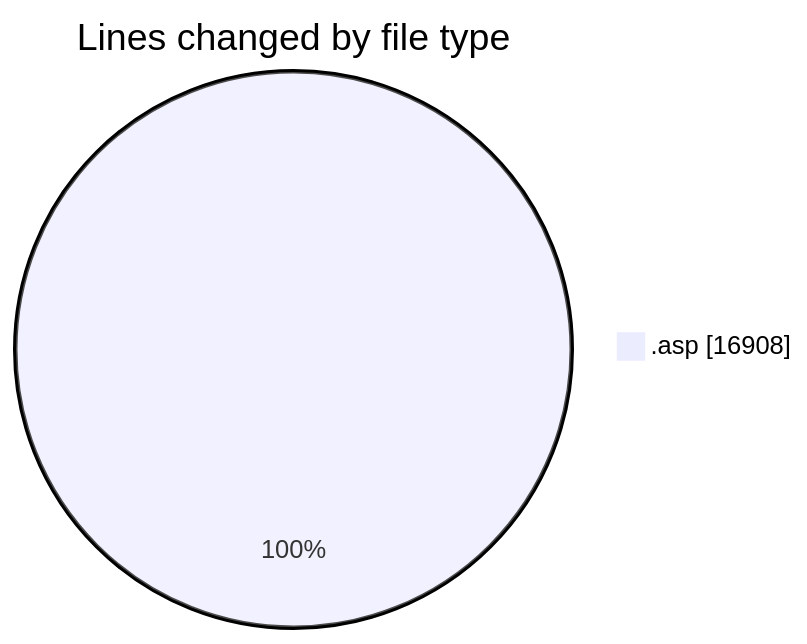
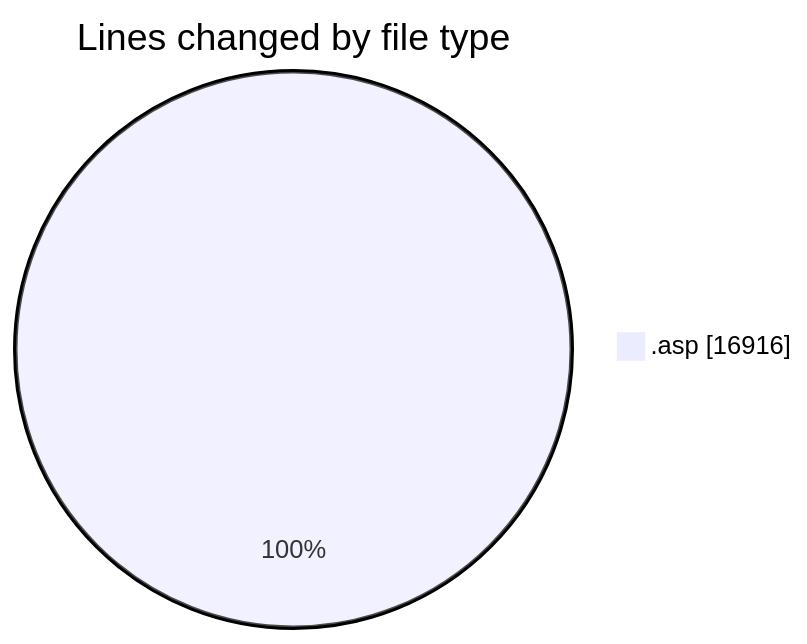
The first of 2 diagrams in 2025-11-14/cdp_aleoudev_fr__workspace_/README.md (julien-gomy/code-tracking), drawn with Mermaid before and after one commit. The commit also changed other lines of this file and 1 other file, not shown here.

````diff
--- a/2025-11-14/cdp_aleoudev_fr__workspace_/README.md
+++ b/2025-11-14/cdp_aleoudev_fr__workspace_/README.md
@@ -36,5 +36,5 @@
 ```mermaid
 pie showData
 title Lines changed by file type
-".asp" : 16908
+".asp" : 16916
 ```
````
